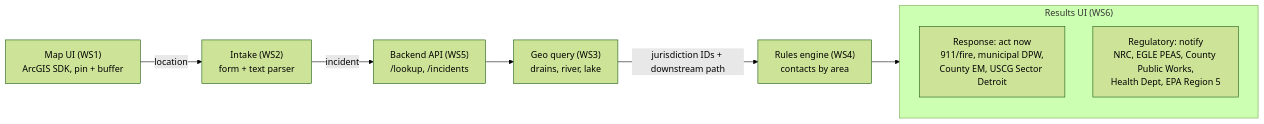
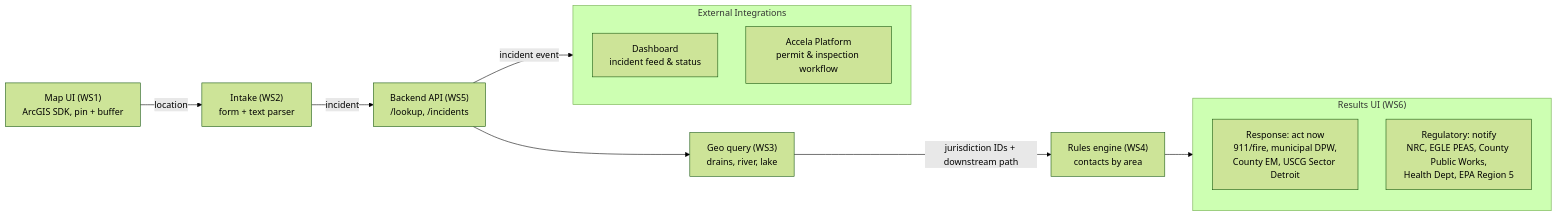
The first of 2 diagrams in Architecture.md (Innovation-for-Impact/MCPW-Clean-Water), drawn with Mermaid (forest theme) before and after one commit. The commit also changed other lines of this file and 3 other files, not shown here.

````diff
--- a/Architecture.md
+++ b/Architecture.md
@@ -28,13 +28,19 @@
 ```mermaid
 flowchart LR
     WS1["Map UI (WS1)<br/>ArcGIS SDK, pin + buffer"] -->|location| WS2["Intake (WS2)<br/>form + text parser"]
     WS2 -->|incident| WS5["Backend API (WS5)<br/>/lookup, /incidents"]
     WS5 --> WS3["Geo query (WS3)<br/>drains, river, lake"]
     WS3 -->|jurisdiction IDs + downstream path| WS4["Rules engine (WS4)<br/>contacts by area"]
     WS4 --> WS6
+    WS5 -->|incident event| EXT
 
     subgraph WS6["Results UI (WS6)"]
         R["Response: act now<br/>911/fire, municipal DPW,<br/>County EM, USCG Sector Detroit"]
         G["Regulatory: notify<br/>NRC, EGLE PEAS, County Public Works,<br/>Health Dept, EPA Region 5"]
     end
+
+    subgraph EXT["External Integrations"]
+        DASH["Dashboard<br/>incident feed & status"]
+        ACC["Accela Platform<br/>permit & inspection workflow"]
+    end
 ```
````
